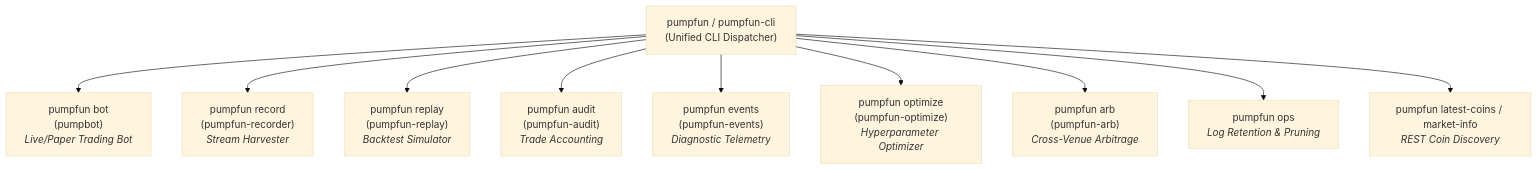
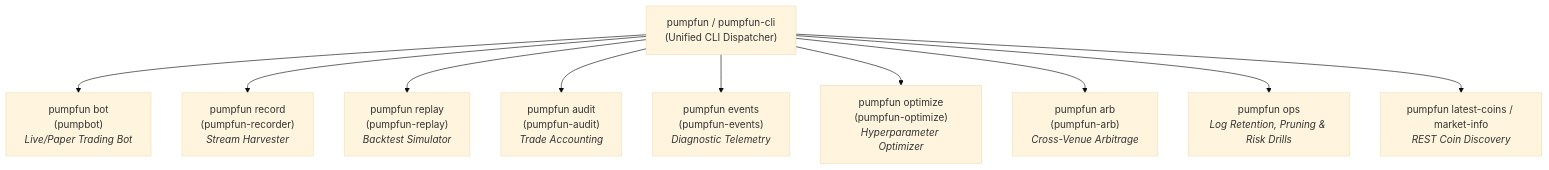
The diagram in docs/CLI-COMMANDS.md (andy-shady-org/trading-pump), drawn with Mermaid (base theme) before and after one commit. The commit also changed other lines of this file and 16 other files, not shown here.

````diff
--- a/docs/CLI-COMMANDS.md
+++ b/docs/CLI-COMMANDS.md
@@ -31,24 +33,24 @@
 ```mermaid
 graph TD
     CLI["pumpfun / pumpfun-cli<br/>(Unified CLI Dispatcher)"]
 
     BOT["pumpfun bot<br/>(pumpbot)<br/><i>Live/Paper Trading Bot</i>"]
     RECORD["pumpfun record<br/>(pumpfun-recorder)<br/><i>Stream Harvester</i>"]
     REPLAY["pumpfun replay<br/>(pumpfun-replay)<br/><i>Backtest Simulator</i>"]
     AUDIT["pumpfun audit<br/>(pumpfun-audit)<br/><i>Trade Accounting</i>"]
     EVENTS["pumpfun events<br/>(pumpfun-events)<br/><i>Diagnostic Telemetry</i>"]
     OPTIMIZE["pumpfun optimize<br/>(pumpfun-optimize)<br/><i>Hyperparameter Optimizer</i>"]
     ARB["pumpfun arb<br/>(pumpfun-arb)<br/><i>Cross-Venue Arbitrage</i>"]
-    OPS["pumpfun ops<br/><i>Log Retention & Pruning</i>"]
+    OPS["pumpfun ops<br/><i>Log Retention, Pruning & Risk Drills</i>"]
     DISCOVERY["pumpfun latest-coins / market-info<br/><i>REST Coin Discovery</i>"]
 
     CLI --> BOT
     CLI --> RECORD
     CLI --> REPLAY
     CLI --> AUDIT
     CLI --> EVENTS
     CLI --> OPTIMIZE
     CLI --> ARB
     CLI --> OPS
     CLI --> DISCOVERY
 ```
````
